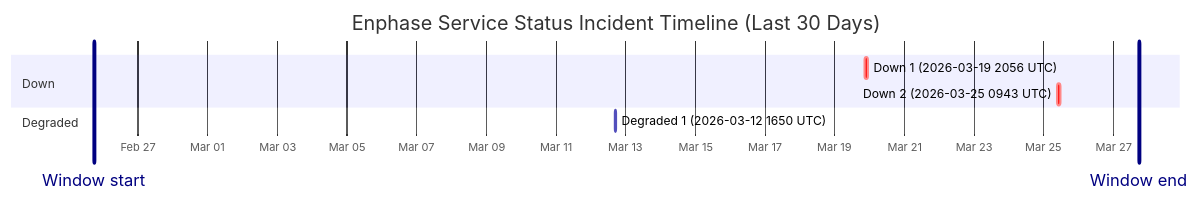
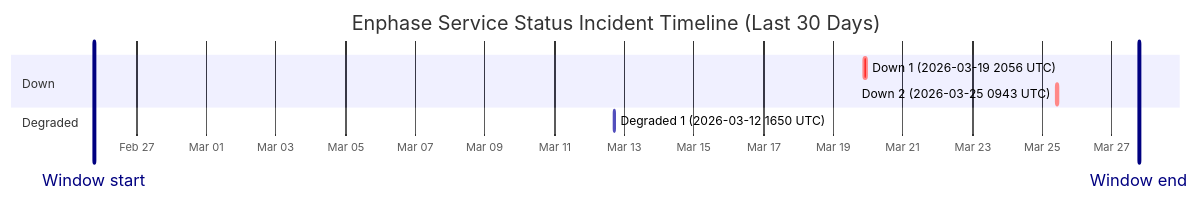
The diagram in wiki/Service-Status-History.md (barneyonline/ha-enphase-ev-charger), drawn with Mermaid before and after one commit. The commit also changed other lines of this file and 3 other files, not shown here.

````diff
--- a/wiki/Service-Status-History.md
+++ b/wiki/Service-Status-History.md
@@ -14,13 +14,13 @@
 ```mermaid
 gantt
     title Enphase Service Status Incident Timeline (Last 30 Days)
     dateFormat  YYYY-MM-DDTHH:mm:ss
     axisFormat  %b %d
-    Window start :vert, window-start, 2026-02-25T17:42:03, 0ms
-    Window end :vert, window-end, 2026-03-27T17:42:03, 0ms
+    Window start :vert, window-start, 2026-02-25T18:43:26, 0ms
+    Window end :vert, window-end, 2026-03-27T18:43:26, 0ms
     section Down
     Down 1 (2026-03-19 2056 UTC) :crit, down-1, 2026-03-19T20:56:20, 145m
     Down 2 (2026-03-25 0943 UTC) :crit, down-2, 2026-03-25T09:43:28, 111m
     section Degraded
     Degraded 1 (2026-03-12 1650 UTC) :active, degraded-1, 2026-03-12T16:50:43, 60m
 ```
````
